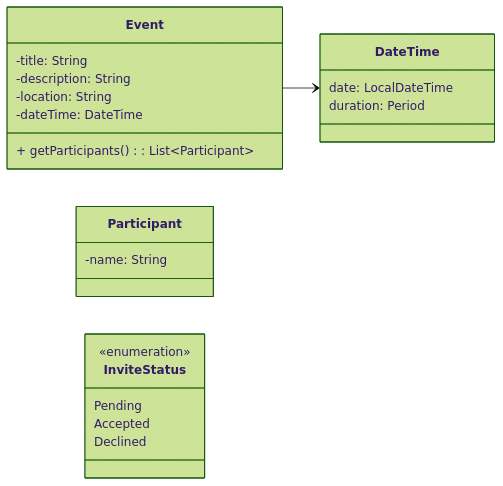
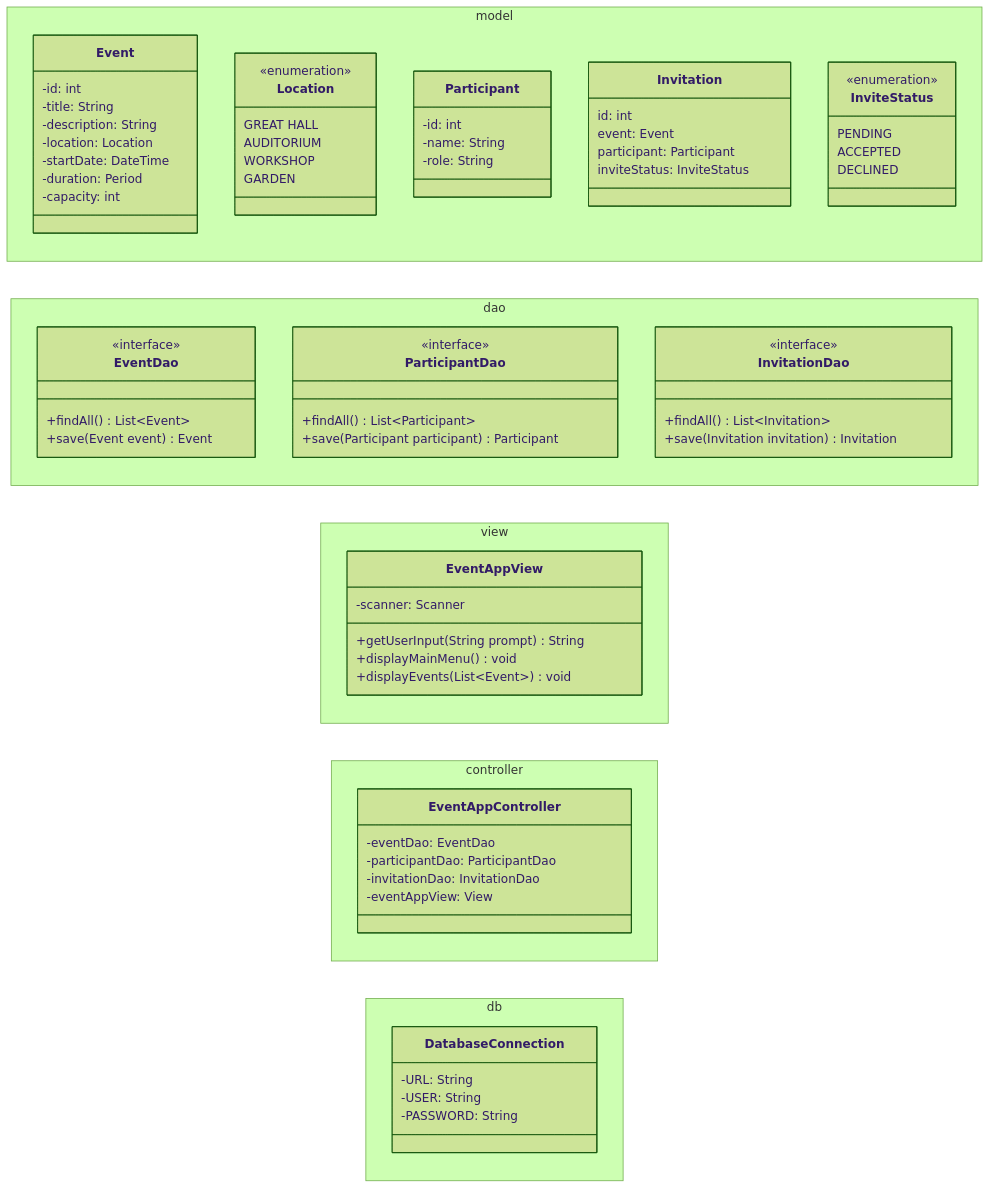
The diagram in README.md (HansMalm/Project_test_1_Hans_EventManagementApp), drawn with Mermaid (forest theme) before and after one commit. The commit also changed other lines of this file and 5 other files, not shown here.

````diff
--- a/README.md
+++ b/README.md
@@ -25,30 +25,91 @@
 ```mermaid
 classDiagram
     direction LR
-
-    class Event {
-        -title: String
-        -description: String
-        -location: String
-        -dateTime: DateTime
-        + getParticipants(): List~Participant~ 
+    namespace model {
+        class Event {
+            -id: int
+            -title: String
+            -description: String
+            -location: Location
+            -startDate: DateTime
+            -duration: Period
+            -capacity: int
+            
+        }
+    
+        class Location {
+            <<enumeration>>
+            GREAT HALL
+            AUDITORIUM
+            WORKSHOP
+            GARDEN
+        }
+    
+        class Participant {
+            -id: int
+            -name: String
+            -role: String
+        }
+    
+        class Invitation {
+            id: int
+            event: Event
+            participant: Participant
+            inviteStatus: InviteStatus
+        }
+    
+        class InviteStatus {
+            <<enumeration>>
+            PENDING
+            ACCEPTED
+            DECLINED
+        }
     }
     
-    class DateTime {
-        date: LocalDateTime
-        duration: Period
+    namespace dao {
+        class EventDao {
+            <<interface>>
+            +findAll() List~Event~
+            +save(Event event) Event
+        }
+        
+        class ParticipantDao {
+            <<interface>>
+            +findAll() List~Participant~
+            +save(Participant participant) Participant
+        }
+        
+        class InvitationDao {
+            <<interface>>
+            +findAll() List~Invitation~
+            +save(Invitation invitation) Invitation
+        }
     }
     
-    class Participant {
-        -name: String
+    namespace view {
+        class EventAppView {
+            -scanner: Scanner
+            +getUserInput(String prompt) String
+            +displayMainMenu() void
+            +displayEvents(List~Event~) void
+        }
     }
     
-    class InviteStatus {
-        <<enumeration>>
-        Pending
-        Accepted
-        Declined
- }
- 
- Event --> DateTime
+    namespace controller {
+        class EventAppController {
+            -eventDao: EventDao
+            -participantDao: ParticipantDao
+            -invitationDao: InvitationDao
+            -eventAppView: View
+        }
+    }
+    
+    namespace db {
+        class DatabaseConnection {
+            -URL: String
+            -USER: String
+            -PASSWORD: String
+        } 
+    }
+    
 ```
````
